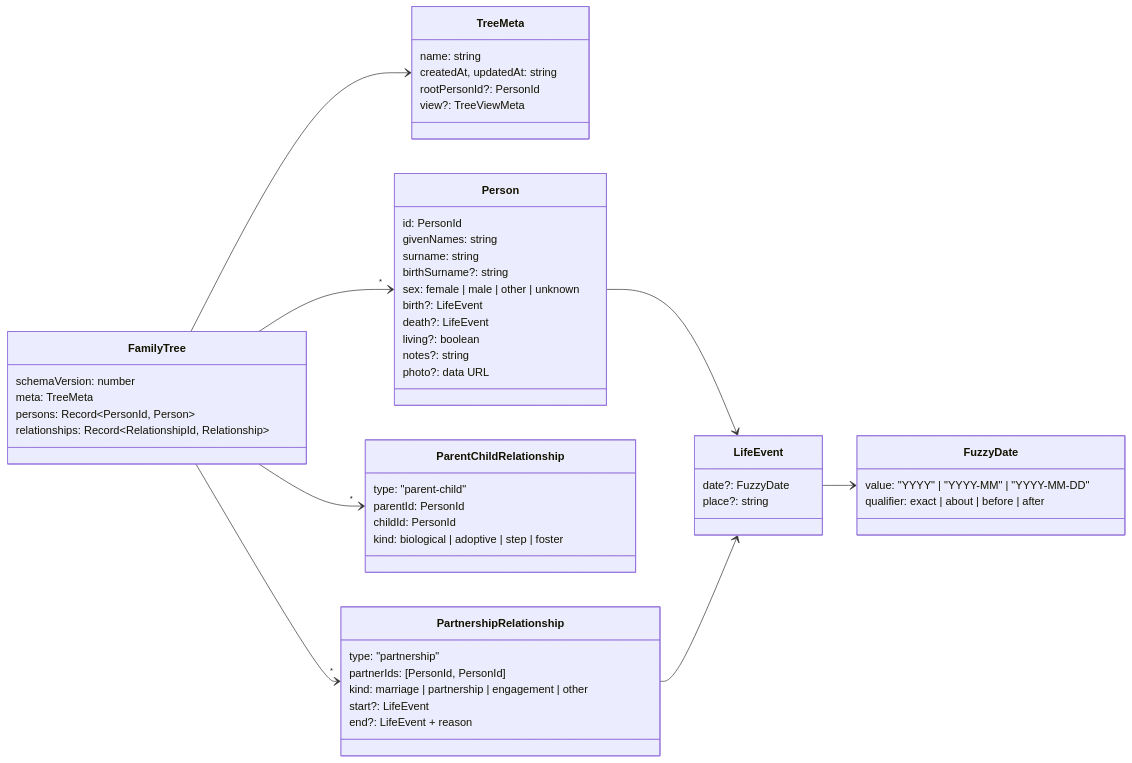
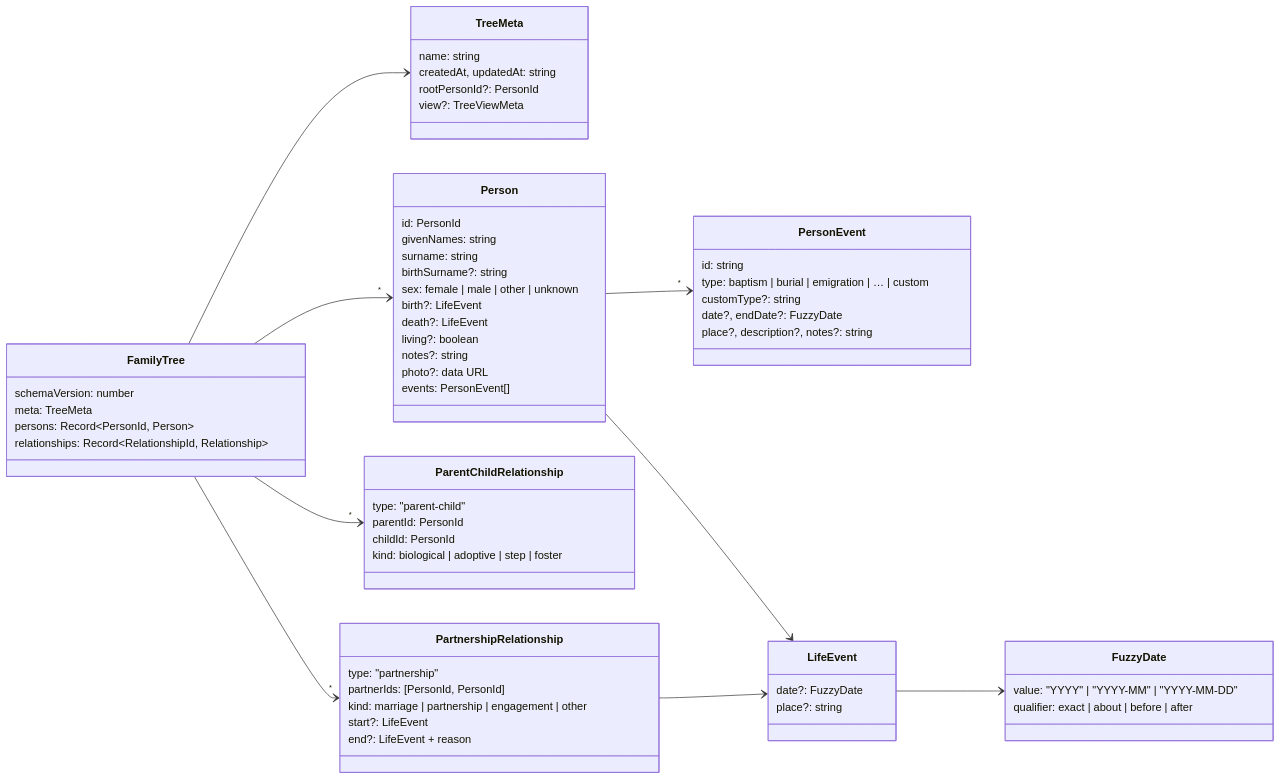
Before and after one commit to K-u-r-c/family-insight: the diagram in docs/developer/domain-model.md, drawn with Mermaid. The commit also changed other lines of this file and 26 other files, not shown here.

First line of the commit message:
feat(core): life events and schema v2

````diff
--- a/docs/developer/domain-model.md
+++ b/docs/developer/domain-model.md
@@ -11,56 +11,65 @@
 ```mermaid
 classDiagram
   direction LR
   class FamilyTree {
     schemaVersion: number
     meta: TreeMeta
     persons: Record~PersonId, Person~
     relationships: Record~RelationshipId, Relationship~
   }
   class TreeMeta {
     name: string
     createdAt, updatedAt: string
     rootPersonId?: PersonId
     view?: TreeViewMeta
   }
   class Person {
     id: PersonId
     givenNames: string
     surname: string
     birthSurname?: string
     sex: female | male | other | unknown
     birth?: LifeEvent
     death?: LifeEvent
     living?: boolean
     notes?: string
     photo?: data URL
+    events: PersonEvent[]
+  }
+  class PersonEvent {
+    id: string
+    type: baptism | burial | emigration | … | custom
+    customType?: string
+    date?, endDate?: FuzzyDate
+    place?, description?, notes?: string
   }
   class ParentChildRelationship {
     type: "parent-child"
     parentId: PersonId
     childId: PersonId
     kind: biological | adoptive | step | foster
   }
   class PartnershipRelationship {
     type: "partnership"
     partnerIds: [PersonId, PersonId]
     kind: marriage | partnership | engagement | other
     start?: LifeEvent
     end?: LifeEvent + reason
   }
   class LifeEvent {
     date?: FuzzyDate
     place?: string
   }
   class FuzzyDate {
     value: "YYYY" | "YYYY-MM" | "YYYY-MM-DD"
     qualifier: exact | about | before | after
   }
   FamilyTree --> TreeMeta
   FamilyTree --> "*" Person
   FamilyTree --> "*" ParentChildRelationship
   FamilyTree --> "*" PartnershipRelationship
   Person --> LifeEvent
+  Person --> "*" PersonEvent
   PartnershipRelationship --> LifeEvent
   LifeEvent --> FuzzyDate
 ```
````
